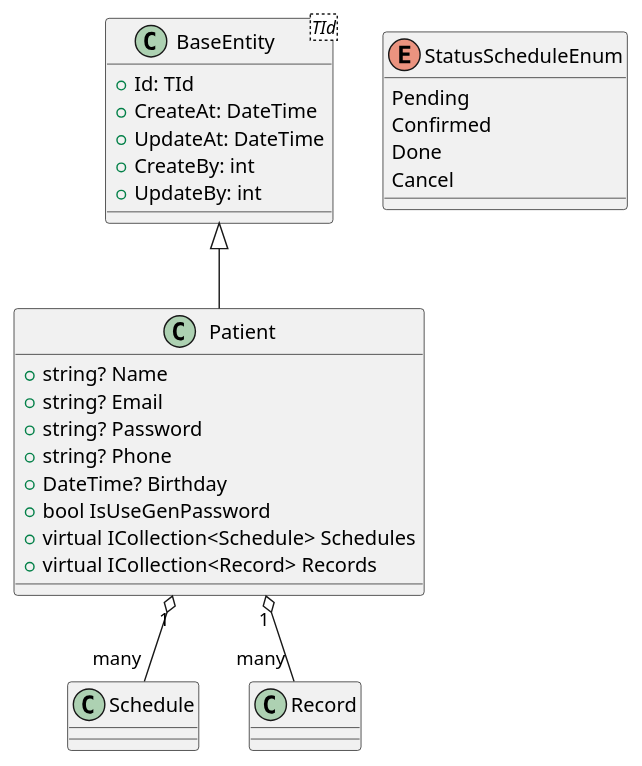
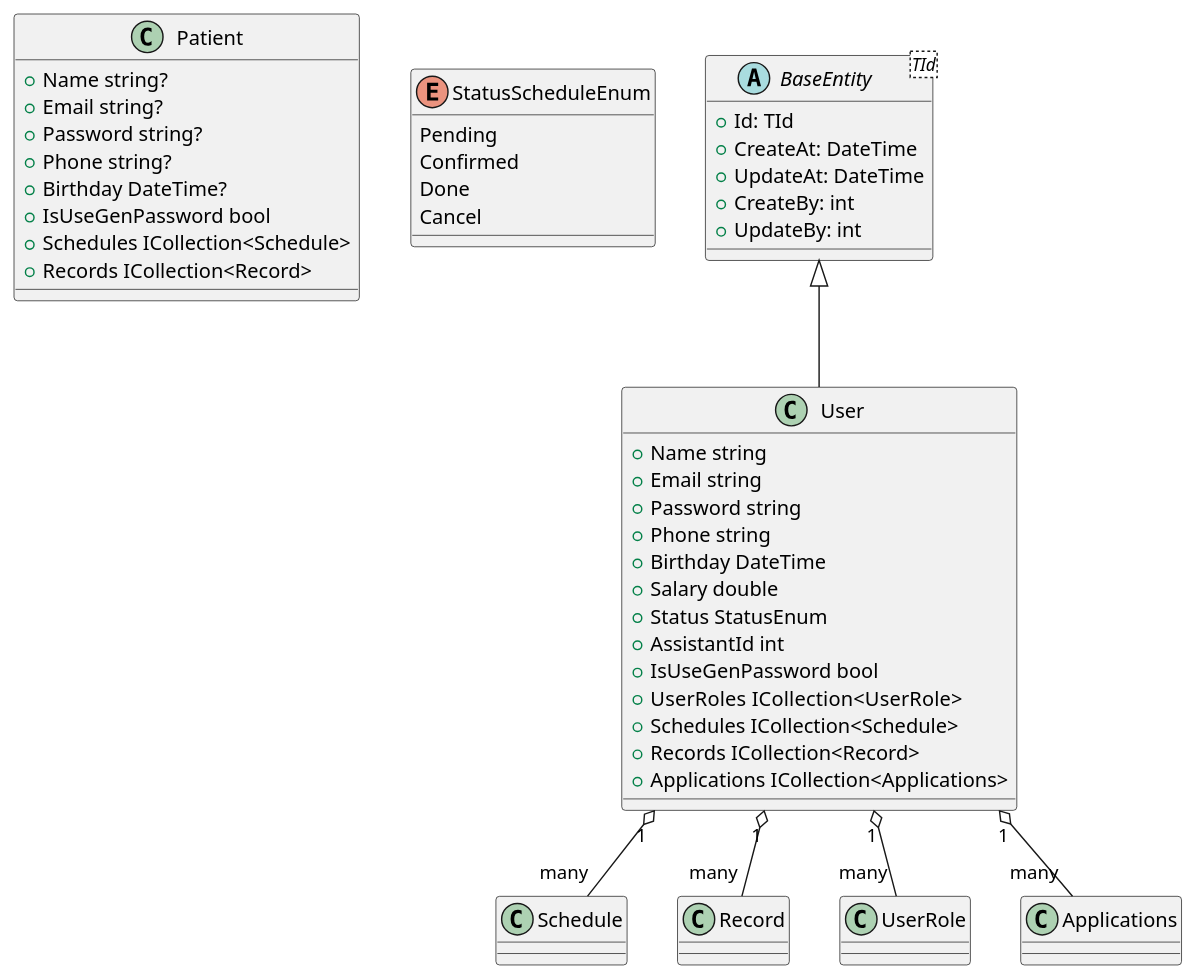
The diagram in ClassDiagram/Class.puml (jang1902/SEP490_Sequence), drawn with PlantUML before and after one commit. The commit also changed 14 other files, not shown here.

```diff
--- a/ClassDiagram/Class.puml
+++ b/ClassDiagram/Class.puml
@@ -1,33 +1,56 @@
 @startuml
-class BaseEntity<TId>{
-+ Id: TId
-+ CreateAt: DateTime
-+ UpdateAt: DateTime
-+ CreateBy: int
-+ UpdateBy: int
+
+
+class Patient {
+  + Name string?
+  + Email string?
+  + Password string?
+  + Phone string?
+  + Birthday DateTime?
+  + IsUseGenPassword bool
+  + Schedules ICollection<Schedule>
+  + Records ICollection<Record>
 }
 
 
-class Patient                {
-  + string? Name
-  + string? Email
-  + string? Password
-  + string? Phone
-  + DateTime? Birthday
-  + bool IsUseGenPassword
-  + virtual ICollection<Schedule> Schedules
-  + virtual ICollection<Record> Records
-}
-BaseEntity <|-- Patient
 
-Patient "1" o-- "many" Schedule
-Patient "1" o-- "many" Record
 
 enum StatusScheduleEnum
 {
     Pending
     Confirmed
     Done
     Cancel
 }
+
+abstract class  BaseEntity<TId>{
++ Id: TId
++ CreateAt: DateTime
++ UpdateAt: DateTime
++ CreateBy: int
++ UpdateBy: int
+}
+class User                {
+  + Name string
+    + Email string
+    + Password string
+    + Phone string
+    + Birthday DateTime
+    +Salary double
+    +Status StatusEnum
+    +AssistantId int
+    + IsUseGenPassword bool
+    + UserRoles  ICollection<UserRole>
+    + Schedules ICollection<Schedule>
+    +Records ICollection<Record>
+    +Applications ICollection<Applications>
+}
+
+User "1" o-- "many" Schedule
+User "1" o-- "many" Record
+User "1" o-- "many" UserRole
+User "1" o-- "many" Applications
+
+BaseEntity <|-- User
+
 @enduml
```
